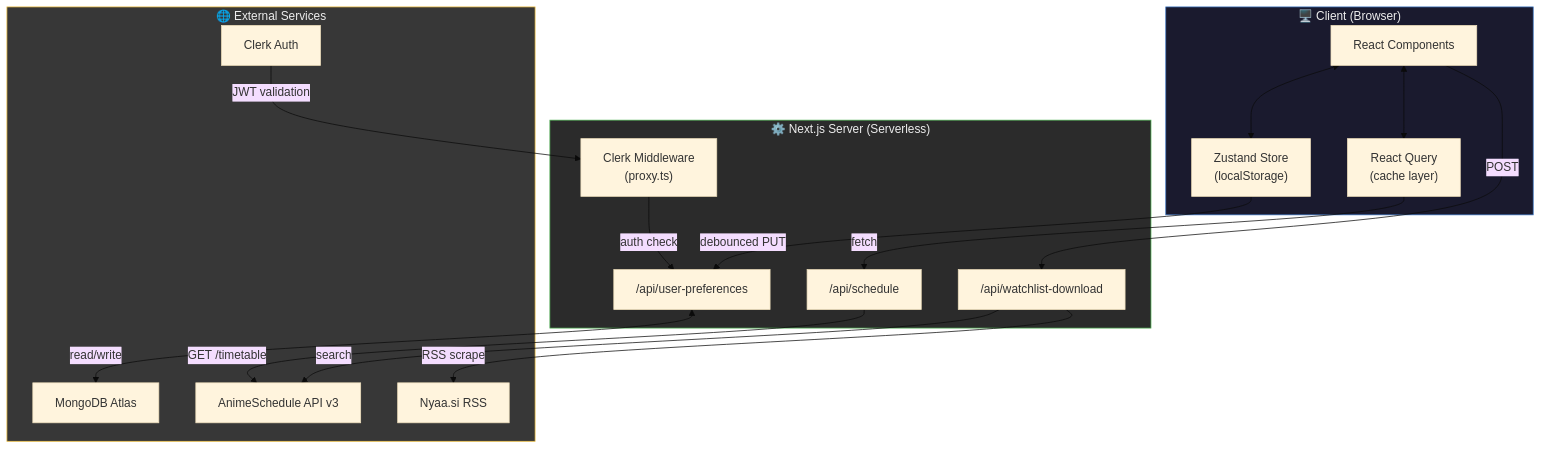
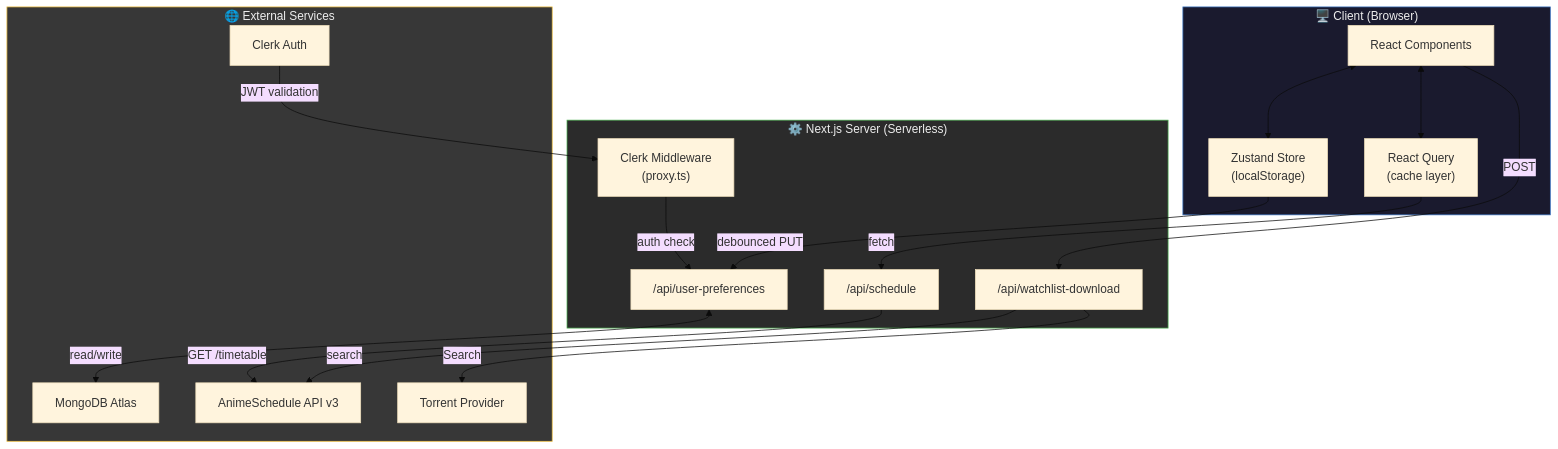
The first of 4 diagrams in README.md (bijudamian/Anime_Schdule), drawn with Mermaid (base theme) before and after one commit. The commit also changed other lines of this file, not shown here.

Commit message:
docs: remove references to nyaa.si and RSS from README

````diff
--- a/README.md
+++ b/README.md
@@ -38,39 +38,39 @@
 ```mermaid
 graph TB
     subgraph Client["🖥️ Client (Browser)"]
         UI["React Components"]
         ZS["Zustand Store<br/>(localStorage)"]
         RQ["React Query<br/>(cache layer)"]
     end
 
     subgraph Server["⚙️ Next.js Server (Serverless)"]
         MW["Clerk Middleware<br/>(proxy.ts)"]
         API_S["/api/schedule"]
         API_U["/api/user-preferences"]
         API_D["/api/watchlist-download"]
     end
 
     subgraph External["🌐 External Services"]
         AS["AnimeSchedule API v3"]
         MDB["MongoDB Atlas"]
         CK["Clerk Auth"]
-        NY["Nyaa.si RSS"]
+        NY["Torrent Provider"]
     end
 
     UI <--> ZS
     UI <--> RQ
     RQ -->|fetch| API_S
     ZS -->|debounced PUT| API_U
     UI -->|POST| API_D
 
     MW -->|auth check| API_U
     API_S -->|GET /timetable| AS
     API_U <-->|read/write| MDB
     API_D -->|search| AS
-    API_D -->|RSS scrape| NY
+    API_D -->|Search| NY
     CK -->|JWT validation| MW
 
     style Client fill:#1a1a2e,color:#ededed,stroke:#3A75C4
     style Server fill:#2b2b2b,color:#ededed,stroke:#4caf50
     style External fill:#373737,color:#ededed,stroke:#f0c040
 ```
````
